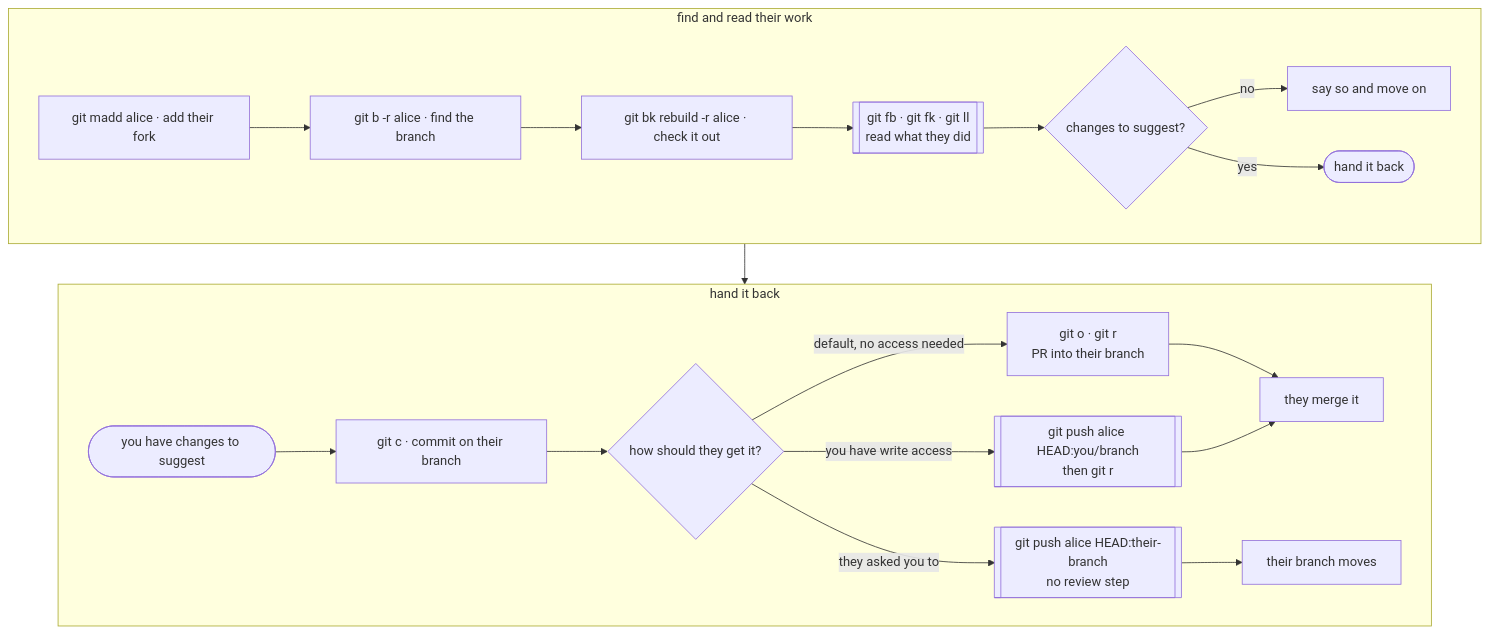
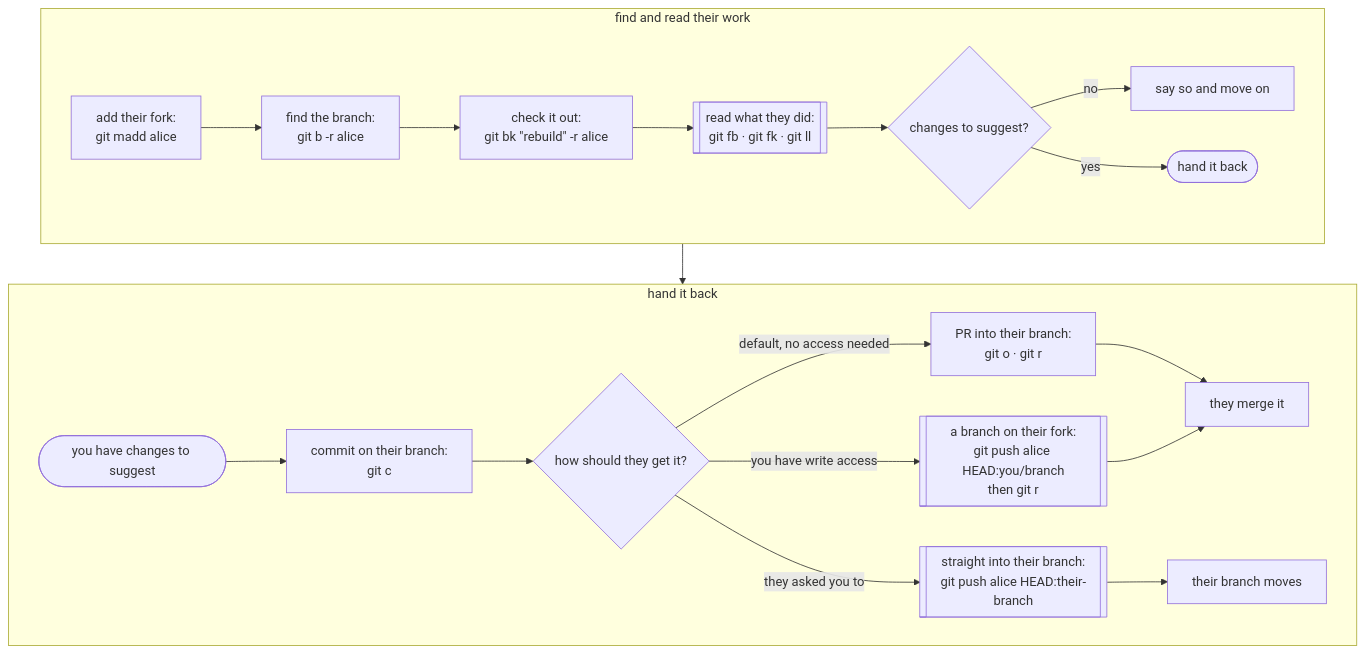
One commit to adrian-enspired/gitconfig changed the diagram in docs/working-with-a-collaborator.md. Above: the diagram before and after it, drawn with Mermaid. The commit also changed other lines of this file and 3 other files, not shown here.

````diff
--- a/docs/working-with-a-collaborator.md
+++ b/docs/working-with-a-collaborator.md
@@ -6,24 +6,24 @@
 ```mermaid
 flowchart TD
     subgraph one ["find and read their work"]
         direction LR
-        A["git madd alice · add their fork"] --> B["git b -r alice · find the branch"]
-        B --> C["git bk rebuild -r alice · check it out"]
-        C --> D[["git fb · git fk · git ll<br/>read what they did"]]
+        A["add their fork:<br/>git madd alice"] --> B["find the branch:<br/>git b -r alice"]
+        B --> C["check it out:<br/>git bk #quot;rebuild#quot; -r alice"]
+        C --> D[["read what they did:<br/>git fb · git fk · git ll"]]
         D --> E{changes to suggest?}
         E -- no --> F[say so and move on]
         E -- yes --> G(["hand it back"])
     end
     subgraph two ["hand it back"]
         direction LR
-        H(["you have changes to suggest"]) --> I["git c · commit on their branch"]
+        H(["you have changes to suggest"]) --> I["commit on their branch:<br/>git c"]
         I --> J{how should they get it?}
-        J -- default, no access needed --> K["git o · git r<br/>PR into their branch"]
-        J -- you have write access --> L[["git push alice HEAD:you/branch<br/>then git r"]]
-        J -- they asked you to --> M[["git push alice HEAD:their-branch<br/>no review step"]]
+        J -- default, no access needed --> K["PR into their branch:<br/>git o · git r"]
+        J -- you have write access --> L[["a branch on their fork:<br/>git push alice HEAD:you/branch<br/>then git r"]]
+        J -- they asked you to --> M[["straight into their branch:<br/>git push alice HEAD:their-branch"]]
         K --> N[they merge it]
         L --> N
         M --> O[their branch moves]
     end
     one --> two
 ```
````
